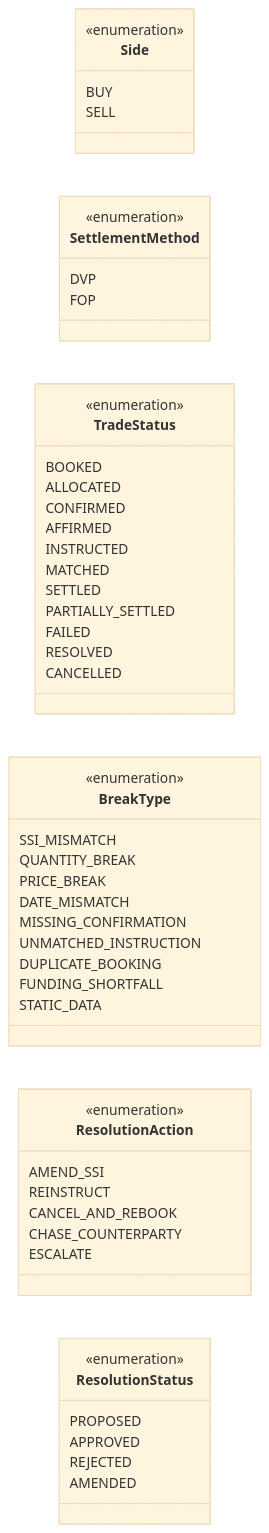
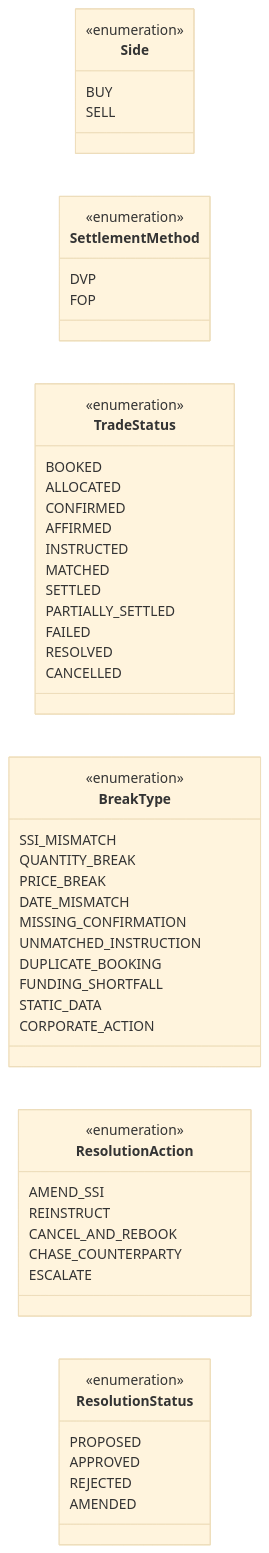
Before and after one commit to elamurg/settlement-exception-manager: the second of 3 diagrams in docs/domain-model.md, drawn with Mermaid (base theme). The commit also changed 2 other files, not shown here.

Commit message:
feat(SE-04): check model field types at runtime and add CORPORATE_ACTION

````diff
--- a/docs/domain-model.md
+++ b/docs/domain-model.md
@@ -160,56 +160,57 @@
 ```mermaid
 classDiagram
     direction LR
 
     class Side {
         <<enumeration>>
         BUY
         SELL
     }
     class SettlementMethod {
         <<enumeration>>
         DVP
         FOP
     }
     class TradeStatus {
         <<enumeration>>
         BOOKED
         ALLOCATED
         CONFIRMED
         AFFIRMED
         INSTRUCTED
         MATCHED
         SETTLED
         PARTIALLY_SETTLED
         FAILED
         RESOLVED
         CANCELLED
     }
     class BreakType {
         <<enumeration>>
         SSI_MISMATCH
         QUANTITY_BREAK
         PRICE_BREAK
         DATE_MISMATCH
         MISSING_CONFIRMATION
         UNMATCHED_INSTRUCTION
         DUPLICATE_BOOKING
         FUNDING_SHORTFALL
         STATIC_DATA
+        CORPORATE_ACTION
     }
     class ResolutionAction {
         <<enumeration>>
         AMEND_SSI
         REINSTRUCT
         CANCEL_AND_REBOOK
         CHASE_COUNTERPARTY
         ESCALATE
     }
     class ResolutionStatus {
         <<enumeration>>
         PROPOSED
         APPROVED
         REJECTED
         AMENDED
     }
 ```
````
